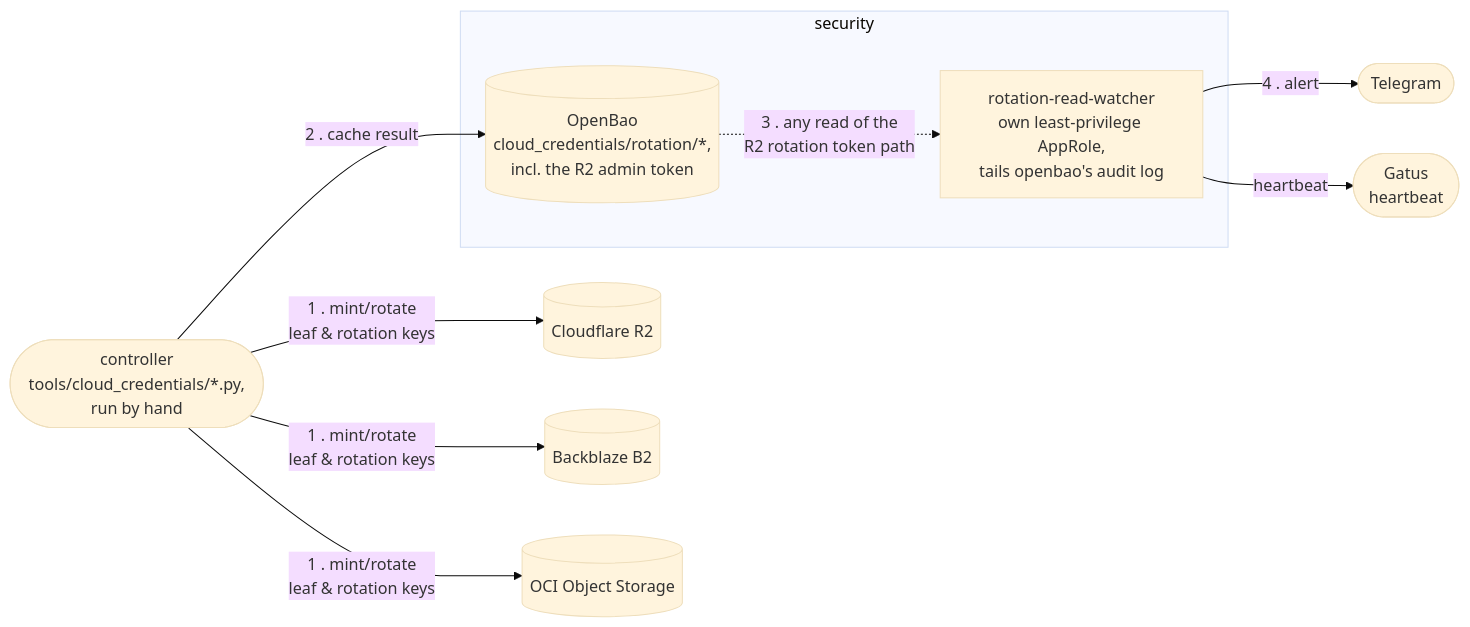
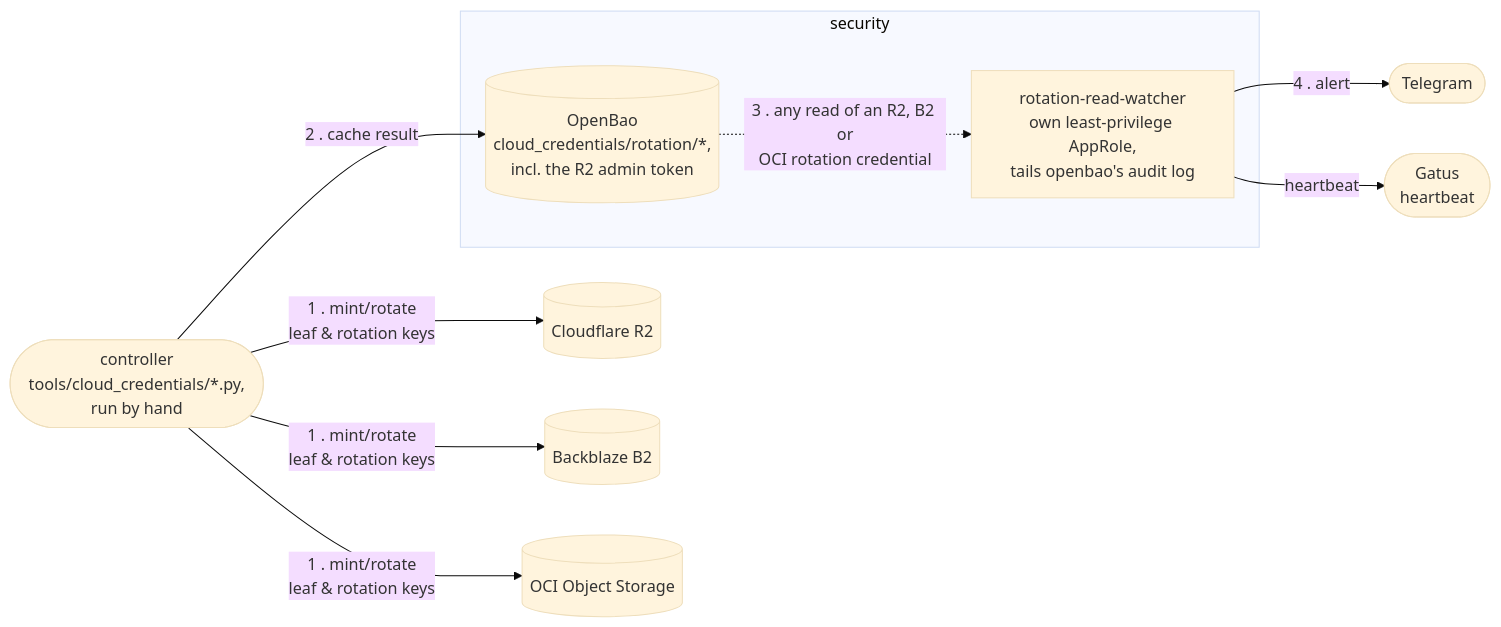
One commit to wenenhoe/homelab changed the second of 3 diagrams in docs/architecture/secrets-and-credentials-flow.md. Above: the diagram before and after it, drawn with Mermaid (base theme). The commit also changed other lines of this file, not shown here.

First line of the commit message:
docs(architecture): describe the read-watcher's three watched paths

````diff
--- a/docs/architecture/secrets-and-credentials-flow.md
+++ b/docs/architecture/secrets-and-credentials-flow.md
@@ -36,21 +36,21 @@
 ```mermaid
 flowchart LR
     controller(["controller<br/>tools/cloud_credentials/*.py,<br/>run by hand"])
     r2[("Cloudflare R2")]
     b2[("Backblaze B2")]
     oci[("OCI Object Storage")]
 
     subgraph security["security"]
         openbao[("OpenBao<br/>cloud_credentials/rotation/*,<br/>incl. the R2 admin token")]
         watcher["rotation-read-watcher<br/>own least-privilege AppRole,<br/>tails openbao's audit log"]
     end
 
     telegram(["Telegram"])
     gatus(["Gatus<br/>heartbeat"])
 
     controller -- "1 . mint/rotate<br/>leaf & rotation keys" --> r2 & b2 & oci
     controller -- "2 . cache result" --> openbao
-    openbao -. "3 . any read of the<br/>R2 rotation token path" .-> watcher
+    openbao -. "3 . any read of an R2, B2 or<br/>OCI rotation credential" .-> watcher
     watcher -- "4 . alert" --> telegram
     watcher -- "heartbeat" --> gatus
 ```
````
